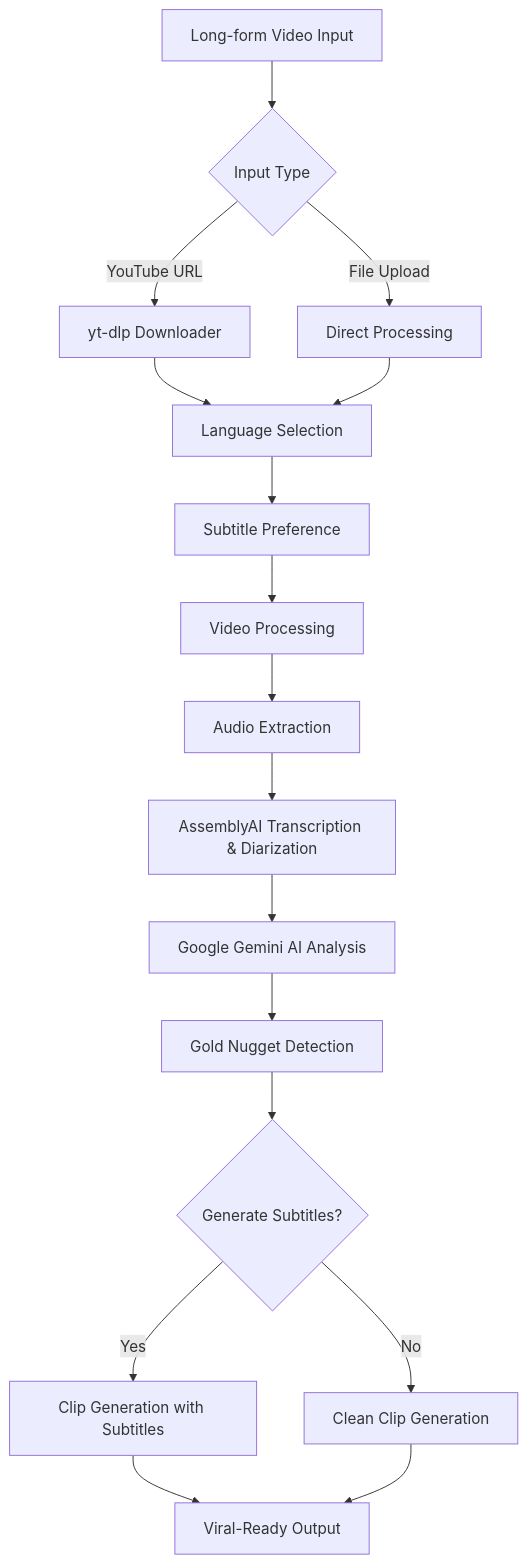
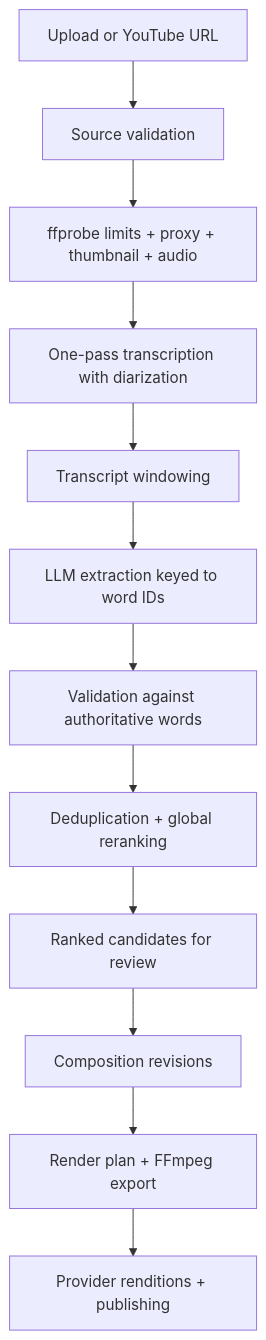
The diagram in README.md (iZekCode/Clipah), drawn with Mermaid before and after one commit. The commit also changed other lines of this file and 34 other files, not shown here.

````diff
--- a/README.md
+++ b/README.md
@@ -127,19 +112,14 @@
 ```mermaid
 graph TD
-    A[Long-form Video Input] --> B{Input Type}
-    B -->|YouTube URL| C[yt-dlp Downloader]
-    B -->|File Upload| D[Direct Processing]
-    C --> E[Language Selection]
-    D --> E
-    E --> F[Subtitle Preference]
-    F --> G[Video Processing]
-    G --> H[Audio Extraction]
-    H --> I[AssemblyAI Transcription & Diarization]
-    I --> J[Google Gemini AI Analysis]
-    J --> K["Gold Nugget" Detection]
-    K --> L{Generate Subtitles?}
-    L -->|Yes| M[Clip Generation with Subtitles]
-    L -->|No| N[Clean Clip Generation]
-    M --> O[Viral-Ready Output]
-    N --> O
+    A[Upload or YouTube URL] --> B[Source validation]
+    B --> C[ffprobe limits + proxy + thumbnail + audio]
+    C --> D[One-pass transcription with diarization]
+    D --> E[Transcript windowing]
+    E --> F[LLM extraction keyed to word IDs]
+    F --> G[Validation against authoritative words]
+    G --> H[Deduplication + global reranking]
+    H --> I[Ranked candidates for review]
+    I --> J[Composition revisions]
+    J --> K[Render plan + FFmpeg export]
+    K --> L[Provider renditions + publishing]
 ```
````
